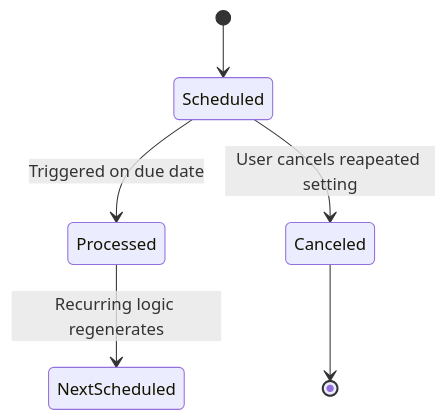
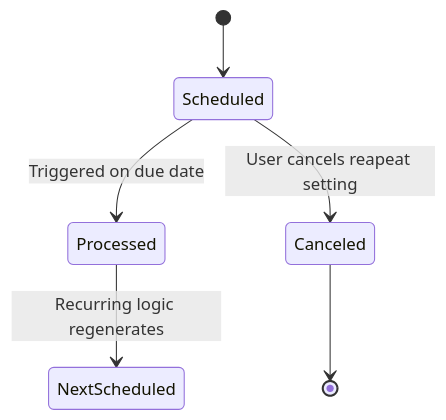
The fourth of 8 diagrams in Assignment_8/STATE_TRANSITION_DIAGRAMS.md (Wareezy/Budget_Tracker), drawn with Mermaid before and after one commit.

````diff
--- a/Assignment_8/STATE_TRANSITION_DIAGRAMS.md
+++ b/Assignment_8/STATE_TRANSITION_DIAGRAMS.md
@@ -51,10 +51,10 @@
 ```mermaid
 
 stateDiagram-v2
     [*] --> Scheduled
     Scheduled --> Processed : Triggered on due date
     Processed --> NextScheduled : Recurring logic regenerates
-    Scheduled --> Canceled : User cancels reapeated setting
+    Scheduled --> Canceled : User cancels reapeat setting
     Canceled --> [*]
 
 ```
````
